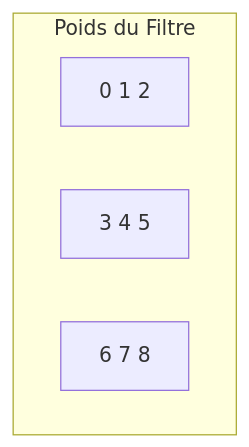
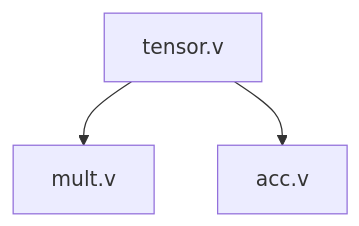
The second of 7 diagrams in src/tensor/README_FR.md (jalcim/logilib), drawn with Mermaid before and after one commit. The commit also changed other lines of this file and 1 other file, not shown here.

Commit message:
litle mermaid

````diff
--- a/src/tensor/README_FR.md
+++ b/src/tensor/README_FR.md
@@ -90,8 +74,5 @@
 ```mermaid
 graph TD
-    subgraph "Poids du Filtre"
-        J[0 1 2]
-        K[3 4 5]
-        L[6 7 8]
-    end
+    A[tensor.v] --> B[mult.v]
+    A --> C[acc.v]
 ```
````
